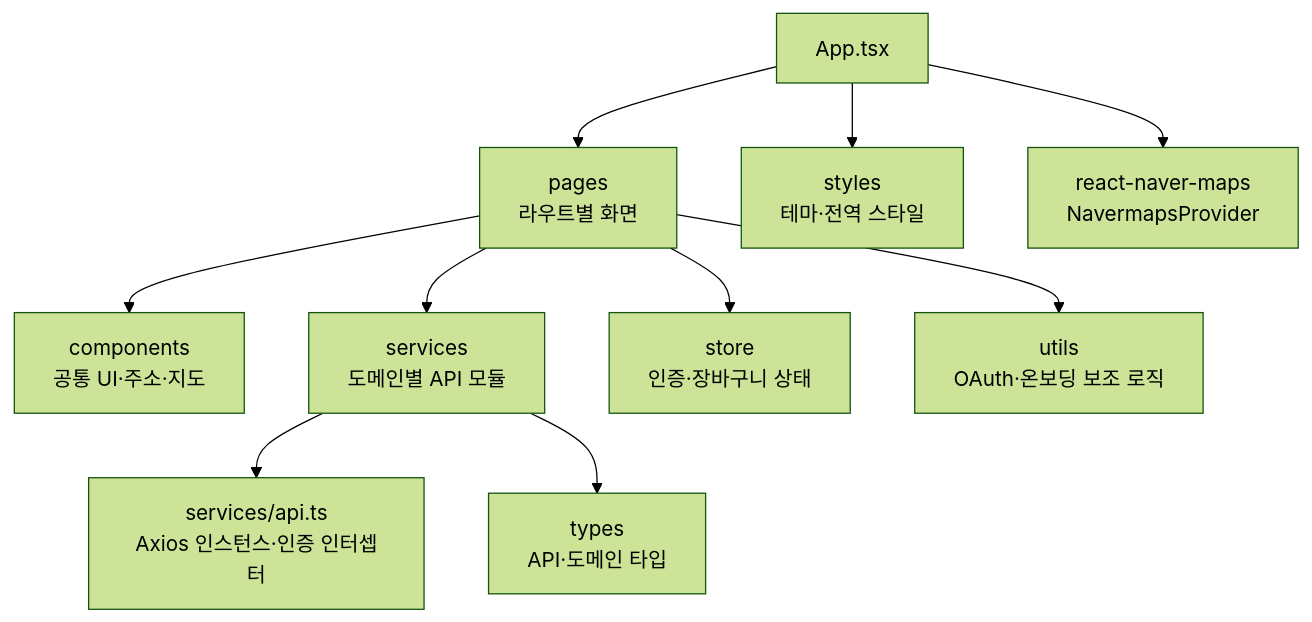
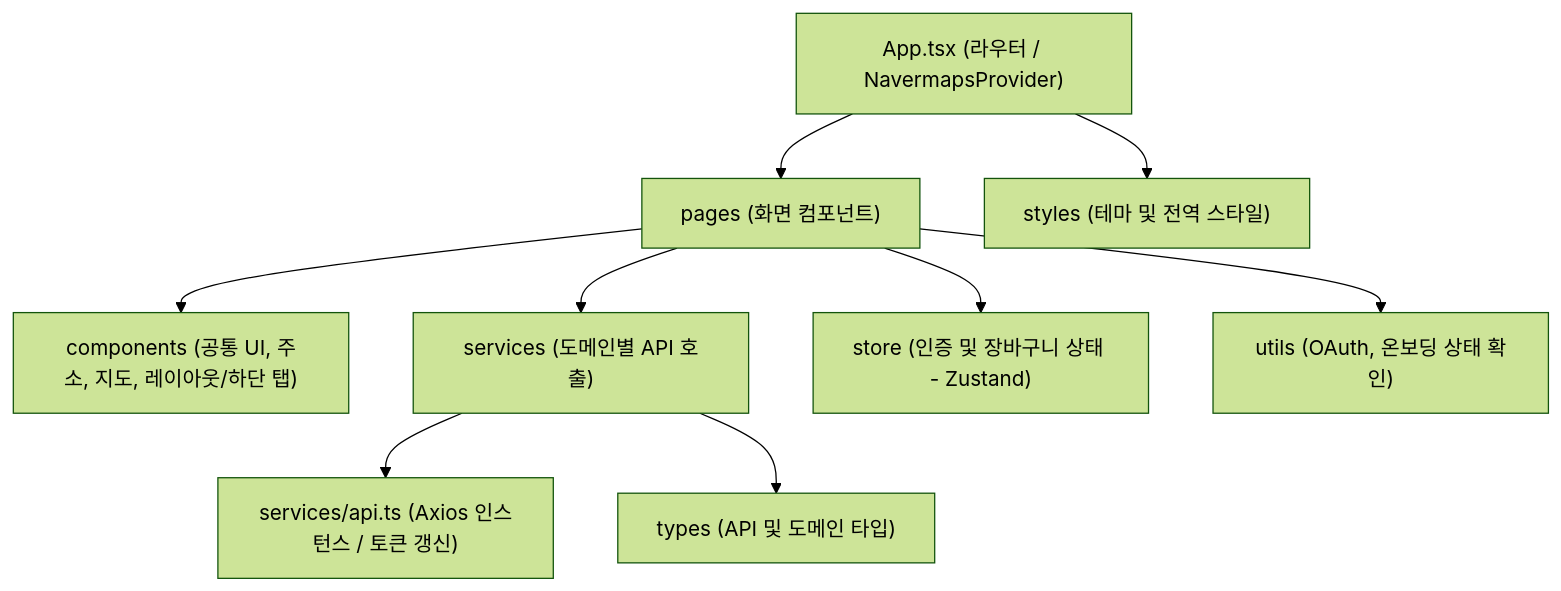
Before and after one commit to Picance/SmartMealTable-Front: the diagram in README.md, drawn with Mermaid (forest theme). The commit also changed other lines of this file and 9 other files, not shown here.

````diff
--- a/README.md
+++ b/README.md
@@ -38,12 +115,11 @@
 ```mermaid
 flowchart TD
-    app["App.tsx"] --> pages["pages<br/>라우트별 화면"]
-    app --> styles["styles<br/>테마·전역 스타일"]
-    app --> maps["react-naver-maps<br/>NavermapsProvider"]
-    pages --> components["components<br/>공통 UI·주소·지도"]
-    pages --> services["services<br/>도메인별 API 모듈"]
-    pages --> stores["store<br/>인증·장바구니 상태"]
-    pages --> utils["utils<br/>OAuth·온보딩 보조 로직"]
-    services --> api["services/api.ts<br/>Axios 인스턴스·인증 인터셉터"]
-    services --> types["types<br/>API·도메인 타입"]
+    app["App.tsx (라우터 / NavermapsProvider)"] --> pages["pages (화면 컴포넌트)"]
+    app --> styles["styles (테마 및 전역 스타일)"]
+    pages --> components["components (공통 UI, 주소, 지도, 레이아웃/하단 탭)"]
+    pages --> services["services (도메인별 API 호출)"]
+    pages --> stores["store (인증 및 장바구니 상태 - Zustand)"]
+    pages --> utils["utils (OAuth, 온보딩 상태 확인)"]
+    services --> api["services/api.ts (Axios 인스턴스 / 토큰 갱신)"]
+    services --> types["types (API 및 도메인 타입)"]
 ```
````
